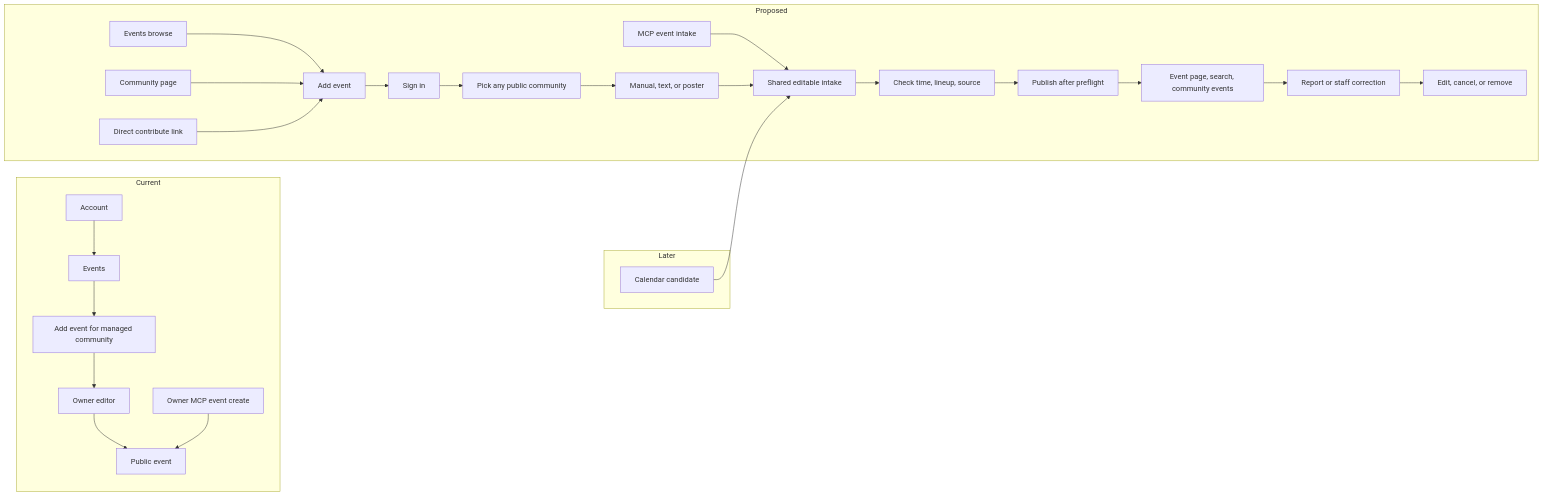
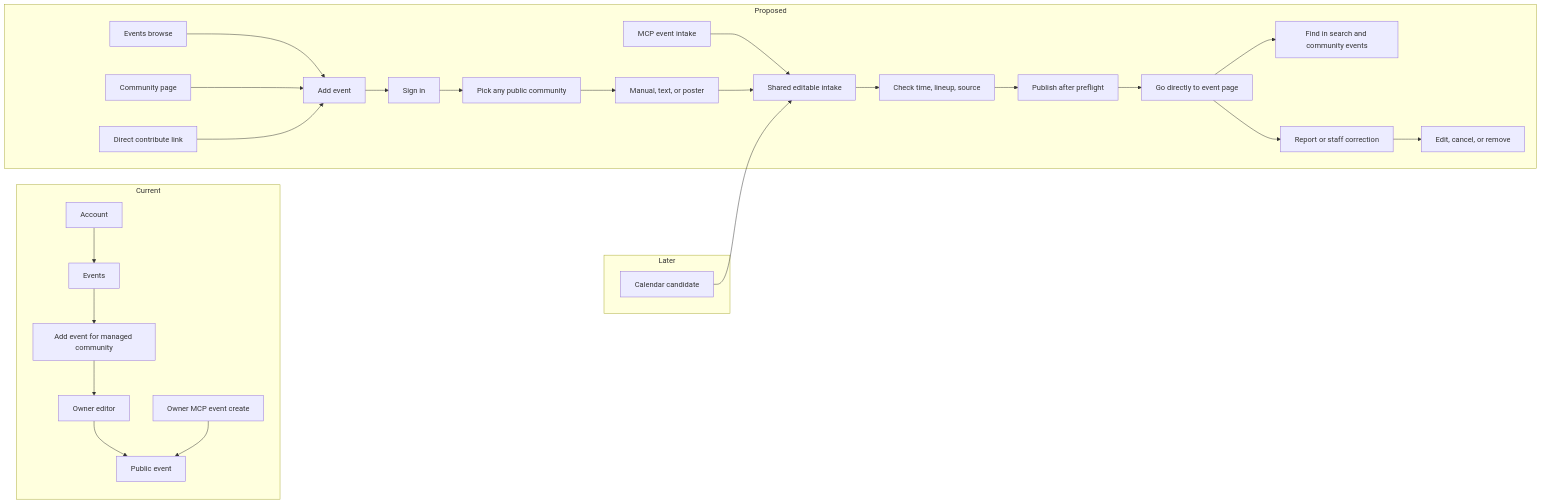
Before and after one commit to BASIC-BIT/VRDex: the diagram in docs/superpowers/specs/2026-09-25-event-contribution-ai-intake-design.md, drawn with Mermaid. The commit also changed other lines of this file, not shown here.

Commit message:
docs: refine event editor and public lineup design

````diff
--- a/docs/superpowers/specs/2026-09-25-event-contribution-ai-intake-design.md
+++ b/docs/superpowers/specs/2026-09-25-event-contribution-ai-intake-design.md
@@ -15,21 +15,22 @@
 ```mermaid
 flowchart LR
   subgraph Current
     A[Account] --> B[Events] --> C[Add event for managed community] --> D[Owner editor] --> E[Public event]
     M[Owner MCP event create] --> E
   end
   subgraph Proposed
     F[Events browse] --> G[Add event]
     H[Community page] --> G
     I[Direct contribute link] --> G
     J[MCP event intake] --> K[Shared editable intake]
     G --> L[Sign in] --> N[Pick any public community] --> O[Manual, text, or poster]
     O --> K
     K --> P[Check time, lineup, source] --> Q[Publish after preflight]
-    Q --> R[Event page, search, community events]
+    Q --> R[Go directly to event page]
+    R --> V[Find in search and community events]
     R --> S[Report or staff correction] --> T[Edit, cancel, or remove]
   end
   subgraph Later
     U[Calendar candidate] --> K
   end
 ```
````
